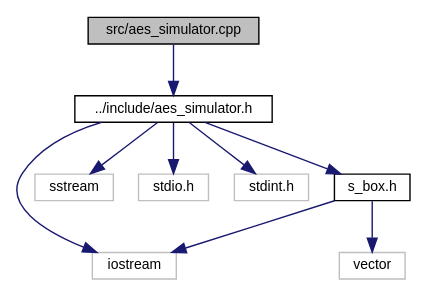
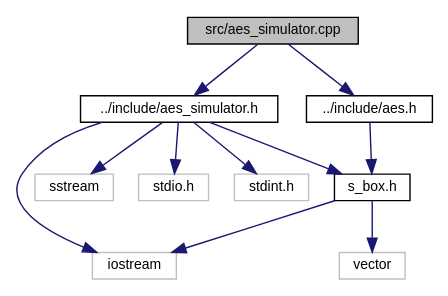
Before and after one commit to Eric-Durr/PRCT06-AES: the diagram in docs/aes__simulator_8cpp__incl.dot, drawn with Graphviz. The commit also changed 153 other files, not shown here.

```diff
--- a/docs/aes__simulator_8cpp__incl.dot
+++ b/docs/aes__simulator_8cpp__incl.dot
@@ -1,21 +1,25 @@
 digraph "src/aes_simulator.cpp"
 {
+ // LATEX_PDF_SIZE
   edge [fontname="Helvetica",fontsize="10",labelfontname="Helvetica",labelfontsize="10"];
   node [fontname="Helvetica",fontsize="10",shape=record];
-  Node0 [label="src/aes_simulator.cpp",height=0.2,width=0.4,color="black", fillcolor="grey75", style="filled", fontcolor="black"];
-  Node0 -> Node1 [color="midnightblue",fontsize="10",style="solid",fontname="Helvetica"];
-  Node1 [label="../include/aes_simulator.h",height=0.2,width=0.4,color="black", fillcolor="white", style="filled",URL="$aes__simulator_8h.html"];
+  Node1 [label="src/aes_simulator.cpp",height=0.2,width=0.4,color="black", fillcolor="grey75", style="filled", fontcolor="black",tooltip=" "];
   Node1 -> Node2 [color="midnightblue",fontsize="10",style="solid",fontname="Helvetica"];
-  Node2 [label="iostream",height=0.2,width=0.4,color="grey75", fillcolor="white", style="filled"];
-  Node1 -> Node3 [color="midnightblue",fontsize="10",style="solid",fontname="Helvetica"];
-  Node3 [label="sstream",height=0.2,width=0.4,color="grey75", fillcolor="white", style="filled"];
-  Node1 -> Node4 [color="midnightblue",fontsize="10",style="solid",fontname="Helvetica"];
-  Node4 [label="stdio.h",height=0.2,width=0.4,color="grey75", fillcolor="white", style="filled"];
-  Node1 -> Node5 [color="midnightblue",fontsize="10",style="solid",fontname="Helvetica"];
-  Node5 [label="stdint.h",height=0.2,width=0.4,color="grey75", fillcolor="white", style="filled"];
-  Node1 -> Node6 [color="midnightblue",fontsize="10",style="solid",fontname="Helvetica"];
-  Node6 [label="s_box.h",height=0.2,width=0.4,color="black", fillcolor="white", style="filled",URL="$s__box_8h.html"];
-  Node6 -> Node7 [color="midnightblue",fontsize="10",style="solid",fontname="Helvetica"];
-  Node7 [label="vector",height=0.2,width=0.4,color="grey75", fillcolor="white", style="filled"];
-  Node6 -> Node2 [color="midnightblue",fontsize="10",style="solid",fontname="Helvetica"];
+  Node2 [label="../include/aes_simulator.h",height=0.2,width=0.4,color="black", fillcolor="white", style="filled",URL="$aes__simulator_8h.html",tooltip=" "];
+  Node2 -> Node3 [color="midnightblue",fontsize="10",style="solid",fontname="Helvetica"];
+  Node3 [label="iostream",height=0.2,width=0.4,color="grey75", fillcolor="white", style="filled",tooltip=" "];
+  Node2 -> Node4 [color="midnightblue",fontsize="10",style="solid",fontname="Helvetica"];
+  Node4 [label="sstream",height=0.2,width=0.4,color="grey75", fillcolor="white", style="filled",tooltip=" "];
+  Node2 -> Node5 [color="midnightblue",fontsize="10",style="solid",fontname="Helvetica"];
+  Node5 [label="stdio.h",height=0.2,width=0.4,color="grey75", fillcolor="white", style="filled",tooltip=" "];
+  Node2 -> Node6 [color="midnightblue",fontsize="10",style="solid",fontname="Helvetica"];
+  Node6 [label="stdint.h",height=0.2,width=0.4,color="grey75", fillcolor="white", style="filled",tooltip=" "];
+  Node2 -> Node7 [color="midnightblue",fontsize="10",style="solid",fontname="Helvetica"];
+  Node7 [label="s_box.h",height=0.2,width=0.4,color="black", fillcolor="white", style="filled",URL="$s__box_8h.html",tooltip=" "];
+  Node7 -> Node8 [color="midnightblue",fontsize="10",style="solid",fontname="Helvetica"];
+  Node8 [label="vector",height=0.2,width=0.4,color="grey75", fillcolor="white", style="filled",tooltip=" "];
+  Node7 -> Node3 [color="midnightblue",fontsize="10",style="solid",fontname="Helvetica"];
+  Node1 -> Node9 [color="midnightblue",fontsize="10",style="solid",fontname="Helvetica"];
+  Node9 [label="../include/aes.h",height=0.2,width=0.4,color="black", fillcolor="white", style="filled",URL="$aes_8h.html",tooltip=" "];
+  Node9 -> Node7 [color="midnightblue",fontsize="10",style="solid",fontname="Helvetica"];
 }
```
